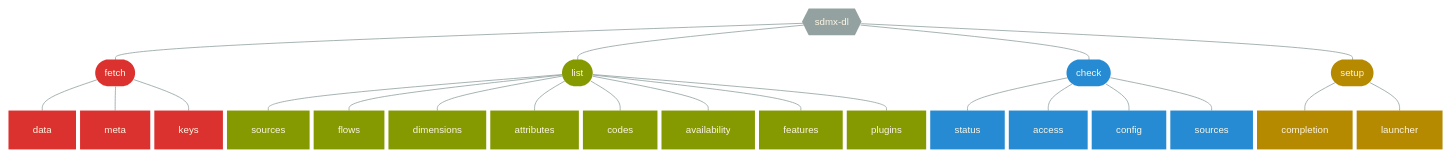
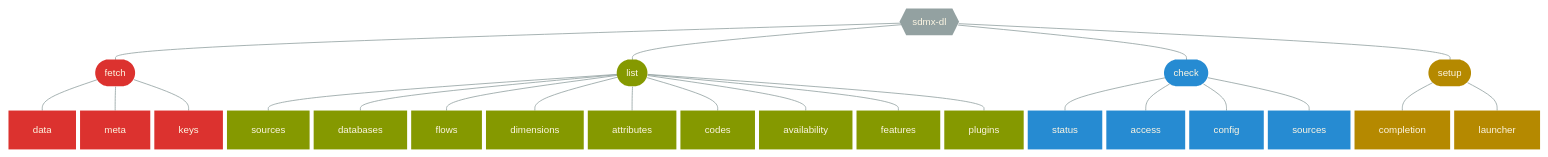
One commit to nbbrd/sdmx-dl changed the diagram in docs/content/cli/usage.md. Above: the diagram before and after it, drawn with Mermaid. The commit also changed other lines of this file and 2 other files, not shown here.

````diff
--- a/docs/content/cli/usage.md
+++ b/docs/content/cli/usage.md
@@ -23,45 +23,46 @@
 ```mermaid
 %%{init:{'themeVariables': {'textColor': '#fdf6e3', 'fontSize': '12px'},'flowchart':{'nodeSpacing': 5, 'rankSpacing': 30}}}%%
 flowchart TB
     r{{sdmx-dl}}
     r --- f([fetch]) --- data & meta & keys
-    r --- l([list]) --- sources & flows & dimensions & attributes & codes & availability & features & plugins
+    r --- l([list]) --- sources & databases & flows & dimensions & attributes & codes & availability & features & plugins
     r --- c([check]) --- status & access & config & xsources[sources]
     r --- s([setup]) --- completion & launcher
 
     classDef default fill:#93a1a1,stroke-width:0px 
     linkStyle default stroke:#93a1a1
  
     classDef fx fill:#dc322f
     class f,data,meta,keys fx;
     click f "#fetch" "fetch command"
     click data "#fetch-data" "fetch data command"
     click meta "#fetch-meta" "fetch meta command"
     click keys "#fetch-keys" "fetch keys command"
    
     classDef lx fill:#859900
-    class l,sources,flows,dimensions,attributes,codes,availability,features,plugins lx;
+    class l,sources,databases,flows,dimensions,attributes,codes,availability,features,plugins lx;
     click l "#list" "list command"
     click sources "#list-sources" "list sources command"
+    click databases "#list-databases" "list databases command"
     click flows "#list-flows" "list flows command"
     click dimensions "#list-dimensions" "list dimensions command"
     click attributes "#list-attributes" "list attributes command"
     click codes "#list-codes" "list codes command"
     click availability "#list-availability" "list availability command"
     click features "#list-features" "list features command"
     click plugins "#list-plugins" "list plugins command"
    
     classDef cx fill:#268bd2
     class c,status,access,config,xsources cx;
     click c "#check" "check command"
     click status "#check-status" "check status command"
     click access "#check-access" "check access command"
     click config "#check-config" "check config command"
     click xsources "#check-sources" "check sources command"
     
     classDef sx fill:#b58900
     class s,completion,launcher sx;
     click s "#setup" "setup command"
     click completion "#setup-completion" "setup completion command"
     click launcher "#setup-launcher" "setup launcher command"
 ```
````
